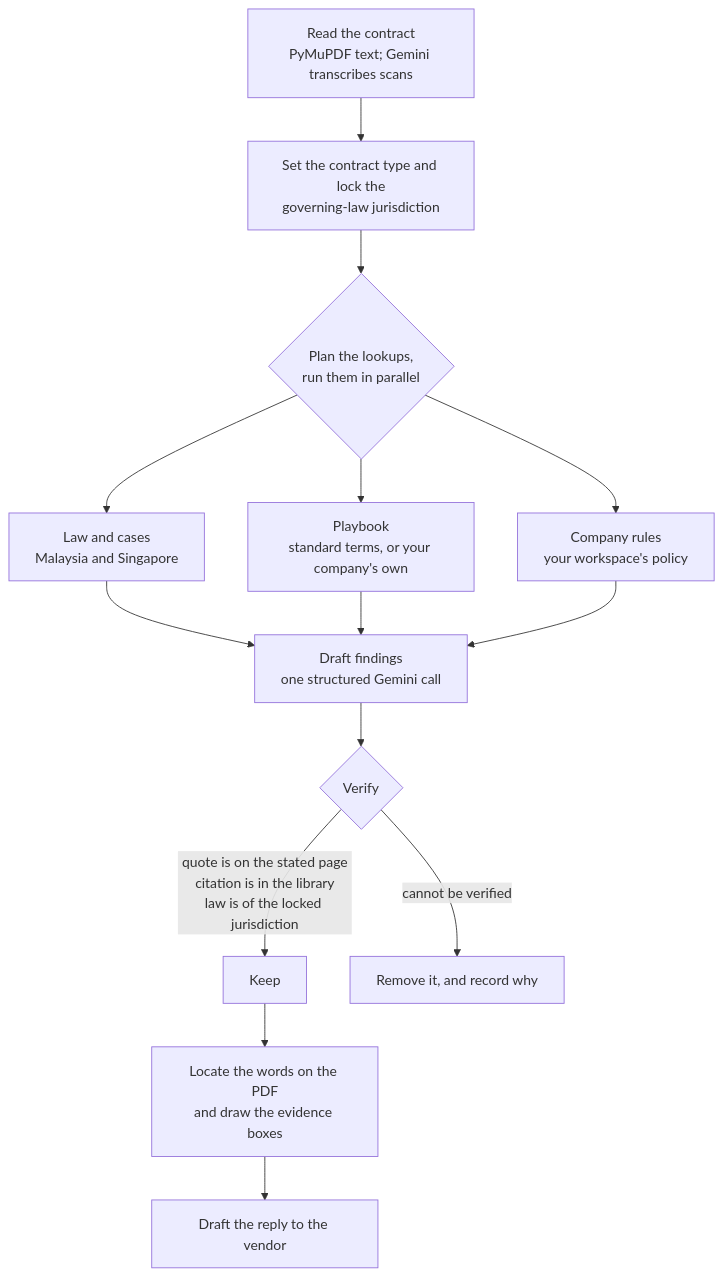
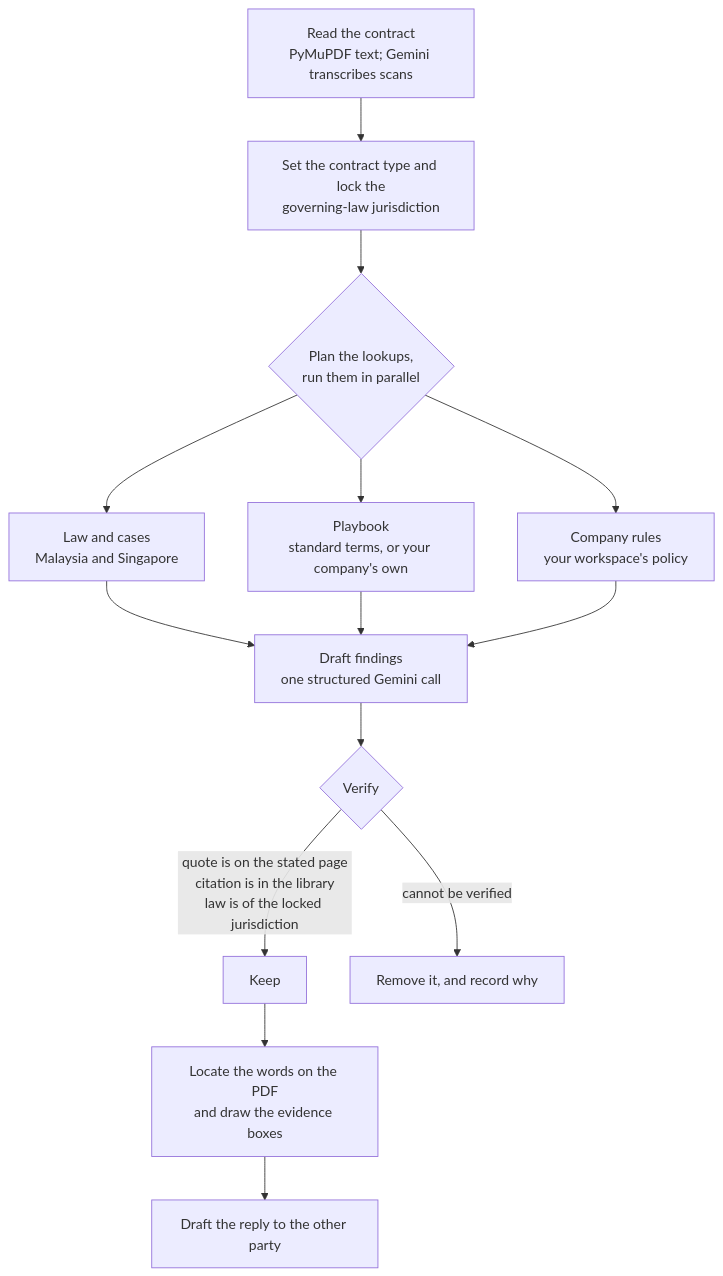
The first of 2 diagrams in README.md (nt-codee/contract-copilot), drawn with Mermaid before and after one commit. The commit also changed other lines of this file and 23 other files, not shown here.

````diff
--- a/README.md
+++ b/README.md
@@ -102,16 +81,16 @@
 ```mermaid
 flowchart TD
   A[Read the contract<br/>PyMuPDF text; Gemini transcribes scans] --> B[Set the contract type and lock the<br/>governing-law jurisdiction]
   B --> C{Plan the lookups,<br/>run them in parallel}
   C --> L[Law and cases<br/>Malaysia and Singapore]
   C --> P[Playbook<br/>standard terms, or your company's own]
   C --> R[Company rules<br/>your workspace's policy]
   L --> D[Draft findings<br/>one structured Gemini call]
   P --> D
   R --> D
   D --> V{Verify}
   V -->|quote is on the stated page<br/>citation is in the library<br/>law is of the locked jurisdiction| K[Keep]
   V -->|cannot be verified| X[Remove it, and record why]
   K --> E[Locate the words on the PDF<br/>and draw the evidence boxes]
-  E --> M[Draft the reply to the vendor]
+  E --> M[Draft the reply to the other party]
 ```
````
